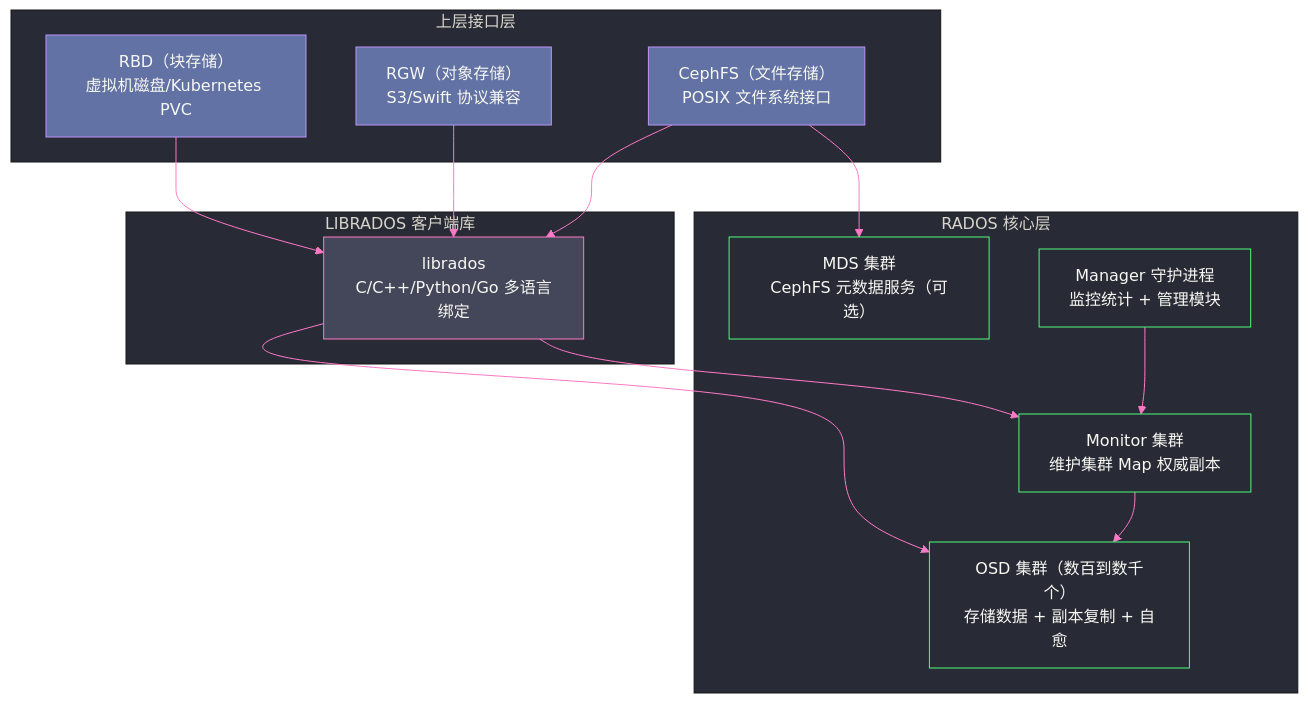
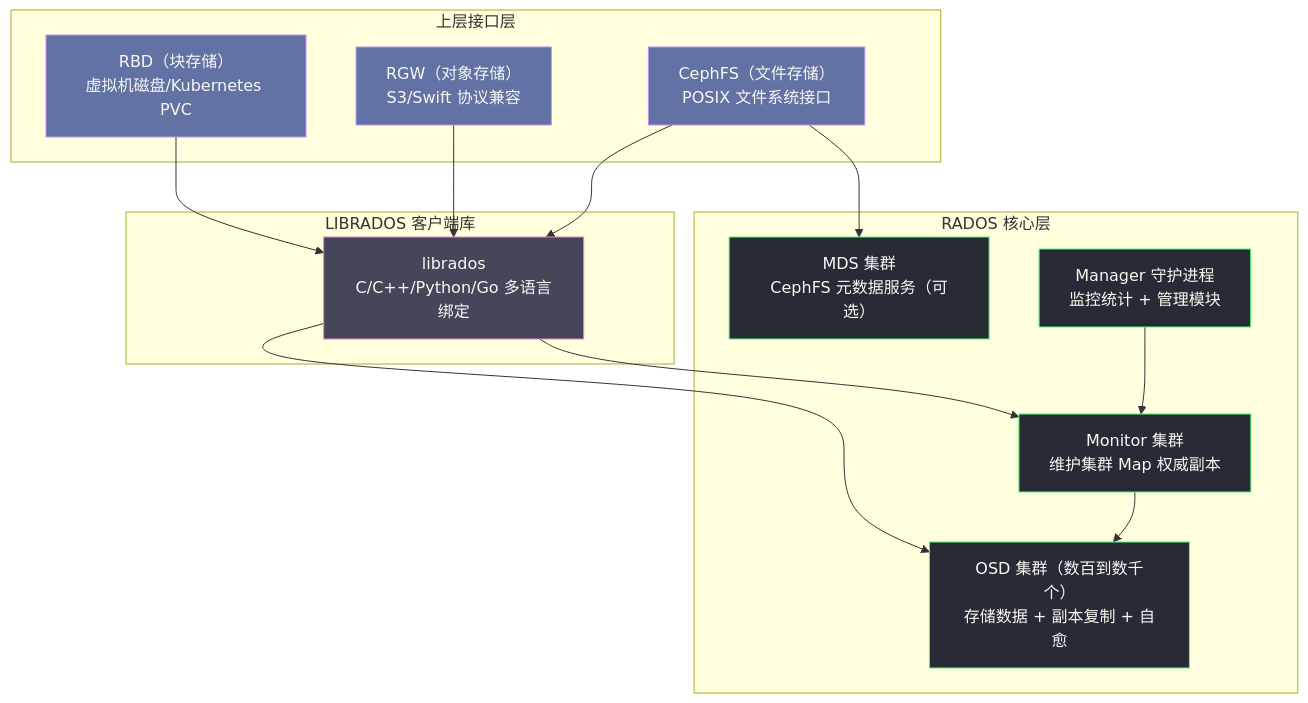
Before and after one commit to hpliStartAgain/my-brain: the first of 3 diagrams in content/中间件/Ceph/01 Ceph 全局架构——RADOS、CRUSH 与三大存储接口.md, drawn with Mermaid. The commit also changed other lines of this file and 41 other files, not shown here.

````diff
--- a/content/中间件/Ceph/01 Ceph 全局架构——RADOS、CRUSH 与三大存储接口.md
+++ b/content/中间件/Ceph/01 Ceph 全局架构——RADOS、CRUSH 与三大存储接口.md
@@ -63,36 +87,36 @@
 ```mermaid
-%%{init: {'theme': 'base', 'themeVariables': {'primaryColor': '#6272a4', 'primaryTextColor': '#f8f8f2', 'primaryBorderColor': '#bd93f9', 'lineColor': '#ff79c6', 'secondaryColor': '#44475a', 'tertiaryColor': '#282a36', 'edgeLabelBackground': '#44475a'}}}%%
+%%{init: {'theme': 'dracula'}}%%
 graph TD
     subgraph "上层接口层"
-        RBD["RBD（块存储）</br>虚拟机磁盘/Kubernetes PVC"]
-        RGW["RGW（对象存储）</br>S3/Swift 协议兼容"]
-        CephFS["CephFS（文件存储）</br>POSIX 文件系统接口"]
+        RBD["RBD（块存储）<br/>虚拟机磁盘/Kubernetes PVC"]
+        RGW["RGW（对象存储）<br/>S3/Swift 协议兼容"]
+        CephFS["CephFS（文件存储）<br/>POSIX 文件系统接口"]
     end
 
     subgraph "LIBRADOS 客户端库"
-        LIB["librados</br>C/C++/Python/Go 多语言绑定"]
+        LIB["librados<br/>C/C++/Python/Go 多语言绑定"]
     end
 
     subgraph "RADOS 核心层"
-        MON["Monitor 集群</br>维护集群 Map 权威副本"]
-        OSD["OSD 集群（数百到数千个）</br>存储数据 + 副本复制 + 自愈"]
-        MDS["MDS 集群</br>CephFS 元数据服务（可选）"]
-        MGR["Manager 守护进程</br>监控统计 + 管理模块"]
+        MON["Monitor 集群<br/>维护集群 Map 权威副本"]
+        OSD["OSD 集群（数百到数千个）<br/>存储数据 + 副本复制 + 自愈"]
+        MDS["MDS 集群<br/>CephFS 元数据服务（可选）"]
+        MGR["Manager 守护进程<br/>监控统计 + 管理模块"]
     end
 
     RBD --> LIB
     RGW --> LIB
     CephFS --> LIB
     CephFS --> MDS
     LIB --> MON
     LIB --> OSD
     MON --> OSD
     MGR --> MON
 
     classDef interface fill:#6272a4,stroke:#bd93f9,color:#f8f8f2
     classDef lib fill:#44475a,stroke:#ff79c6,color:#f8f8f2
     classDef core fill:#282a36,stroke:#50fa7b,color:#f8f8f2
     class RBD,RGW,CephFS interface
     class LIB lib
     class MON,OSD,MDS,MGR core
 ```
````
